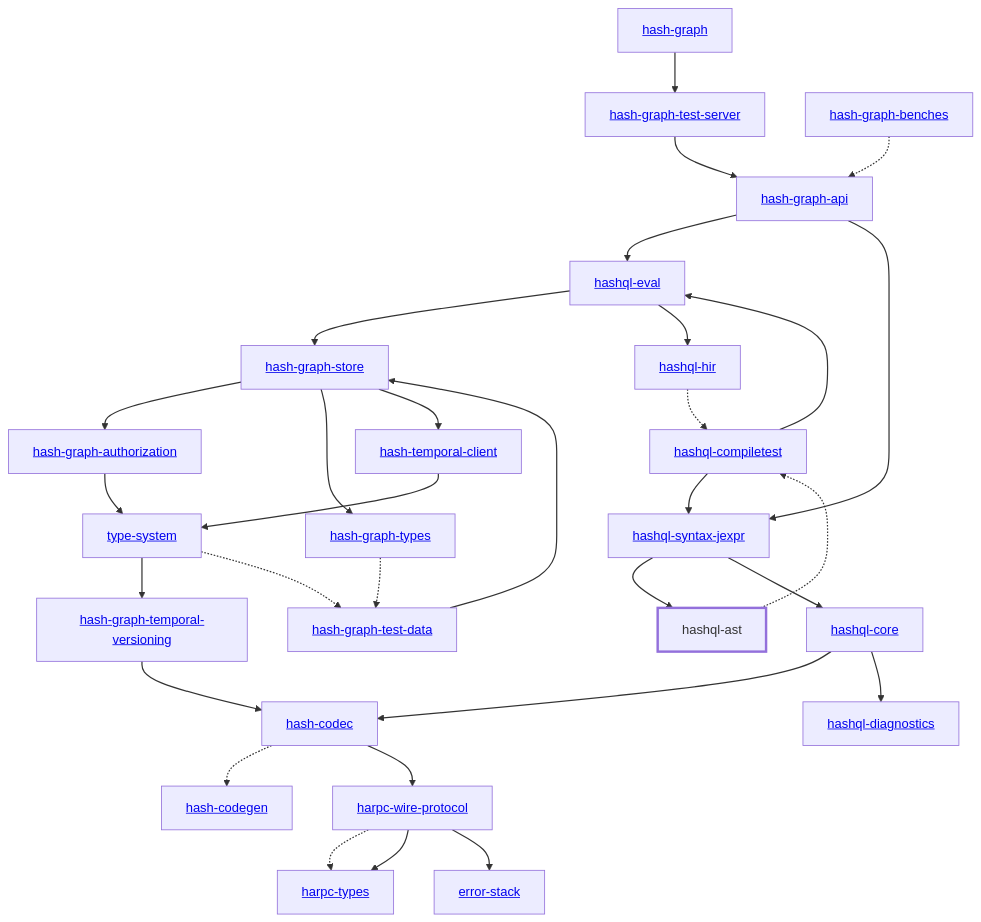
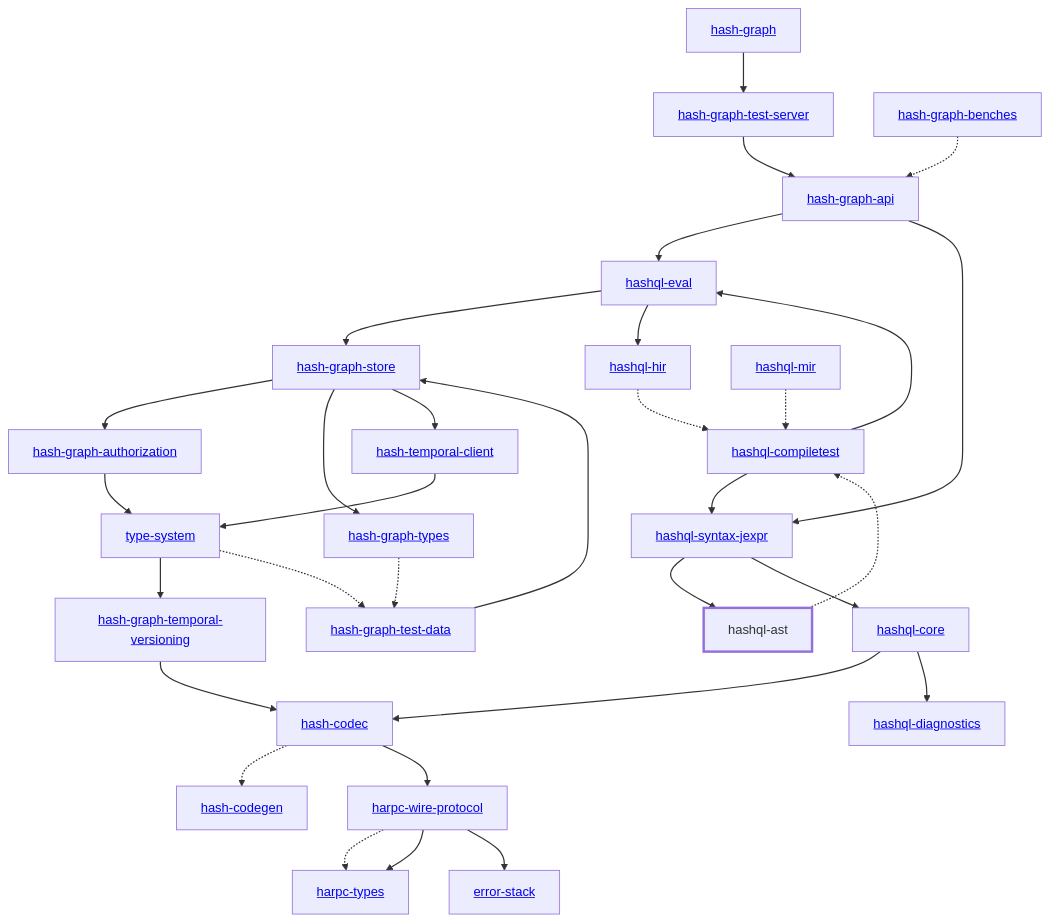
One commit to hashintel/hash changed the diagram in libs/@local/hashql/ast/docs/dependency-diagram.mmd. Above: the diagram before and after it, drawn with Mermaid. The commit also changed 6 other files, not shown here.

Commit message:
chore: generate dependency diagrams

```diff
--- a/libs/@local/hashql/ast/docs/dependency-diagram.mmd
+++ b/libs/@local/hashql/ast/docs/dependency-diagram.mmd
@@ -1,64 +1,66 @@
 graph TD
     linkStyle default stroke-width:1.5px
     classDef default stroke-width:1px
     classDef root stroke-width:3px
     classDef dev stroke-width:1px
     classDef build stroke-width:1px
     %% Legend
     %% --> : Normal dependency
     %% -.-> : Dev dependency
     %% ---> : Build dependency
     0[<a href="../hash_graph/index.html">hash-graph</a>]
     1[<a href="../type_system/index.html">type-system</a>]
     2[<a href="../hash_codec/index.html">hash-codec</a>]
     3[<a href="../hash_codegen/index.html">hash-codegen</a>]
     4[<a href="../hash_graph_api/index.html">hash-graph-api</a>]
     5[<a href="../hash_graph_authorization/index.html">hash-graph-authorization</a>]
     6[<a href="../hash_graph_store/index.html">hash-graph-store</a>]
     7[<a href="../hash_graph_temporal_versioning/index.html">hash-graph-temporal-versioning</a>]
     8[<a href="../hash_graph_test_server/index.html">hash-graph-test-server</a>]
     9[<a href="../hash_graph_types/index.html">hash-graph-types</a>]
     10[<a href="../harpc_types/index.html">harpc-types</a>]
     11[<a href="../harpc_wire_protocol/index.html">harpc-wire-protocol</a>]
     12[hashql-ast]
     class 12 root
     13[<a href="../hashql_compiletest/index.html">hashql-compiletest</a>]
     14[<a href="../hashql_core/index.html">hashql-core</a>]
     15[<a href="../hashql_diagnostics/index.html">hashql-diagnostics</a>]
     16[<a href="../hashql_eval/index.html">hashql-eval</a>]
     17[<a href="../hashql_hir/index.html">hashql-hir</a>]
-    18[<a href="../hashql_syntax_jexpr/index.html">hashql-syntax-jexpr</a>]
-    19[<a href="../hash_temporal_client/index.html">hash-temporal-client</a>]
-    20[<a href="../error_stack/index.html">error-stack</a>]
-    21[<a href="../hash_graph_benches/index.html">hash-graph-benches</a>]
-    22[<a href="../hash_graph_test_data/index.html">hash-graph-test-data</a>]
+    18[<a href="../hashql_mir/index.html">hashql-mir</a>]
+    19[<a href="../hashql_syntax_jexpr/index.html">hashql-syntax-jexpr</a>]
+    20[<a href="../hash_temporal_client/index.html">hash-temporal-client</a>]
+    21[<a href="../error_stack/index.html">error-stack</a>]
+    22[<a href="../hash_graph_benches/index.html">hash-graph-benches</a>]
+    23[<a href="../hash_graph_test_data/index.html">hash-graph-test-data</a>]
     0 --> 8
     1 --> 7
-    1 -.-> 22
+    1 -.-> 23
     2 -.-> 3
     2 --> 11
     4 --> 16
-    4 --> 18
+    4 --> 19
     5 --> 1
     6 --> 5
     6 --> 9
-    6 --> 19
+    6 --> 20
     7 --> 2
     8 --> 4
-    9 -.-> 22
+    9 -.-> 23
     11 -.-> 10
     11 --> 10
-    11 --> 20
+    11 --> 21
     12 -.-> 13
     13 --> 16
-    13 --> 18
+    13 --> 19
     14 --> 2
     14 --> 15
     16 --> 6
     16 --> 17
     17 -.-> 13
-    18 --> 12
-    18 --> 14
-    19 --> 1
-    21 -.-> 4
-    22 --> 6
+    18 -.-> 13
+    19 --> 12
+    19 --> 14
+    20 --> 1
+    22 -.-> 4
+    23 --> 6
```
